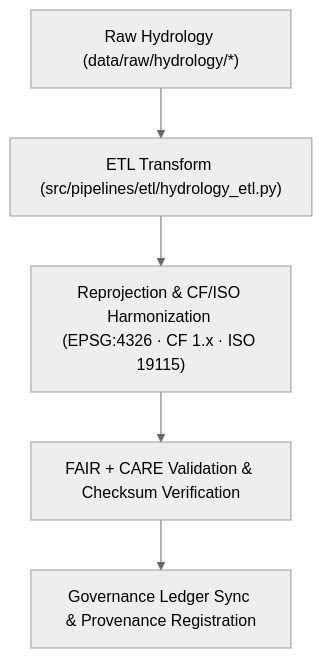
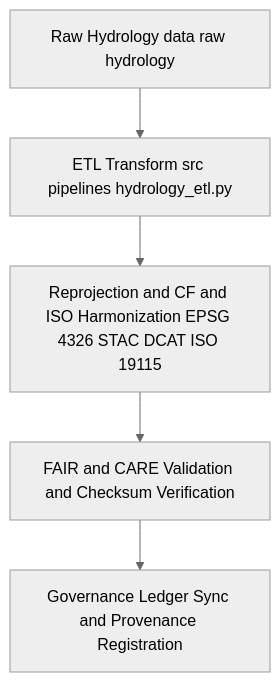
One commit to bartytime4life/Kansas-Frontier-Matrix changed the diagram in data/work/tmp/hydrology/transforms/README.md. Above: the diagram before and after it, drawn with Mermaid (neutral theme). The commit also changed other lines of this file, not shown here.

````diff
--- a/data/work/tmp/hydrology/transforms/README.md
+++ b/data/work/tmp/hydrology/transforms/README.md
@@ -68,7 +76,7 @@
 ```mermaid
 flowchart TD
-    A["Raw Hydrology (data/raw/hydrology/*)"] --> B["ETL Transform (src/pipelines/etl/hydrology_etl.py)"]
-    B --> C["Reprojection & CF/ISO Harmonization (EPSG:4326 · CF 1.x · ISO 19115)"]
-    C --> D["FAIR + CARE Validation & Checksum Verification"]
-    D --> E["Governance Ledger Sync & Provenance Registration"]
+    A["Raw Hydrology data raw hydrology"] --> B["ETL Transform src pipelines hydrology_etl.py"]
+    B --> C["Reprojection and CF and ISO Harmonization EPSG 4326 STAC DCAT ISO 19115"]
+    C --> D["FAIR and CARE Validation and Checksum Verification"]
+    D --> E["Governance Ledger Sync and Provenance Registration"]
 ```
````
